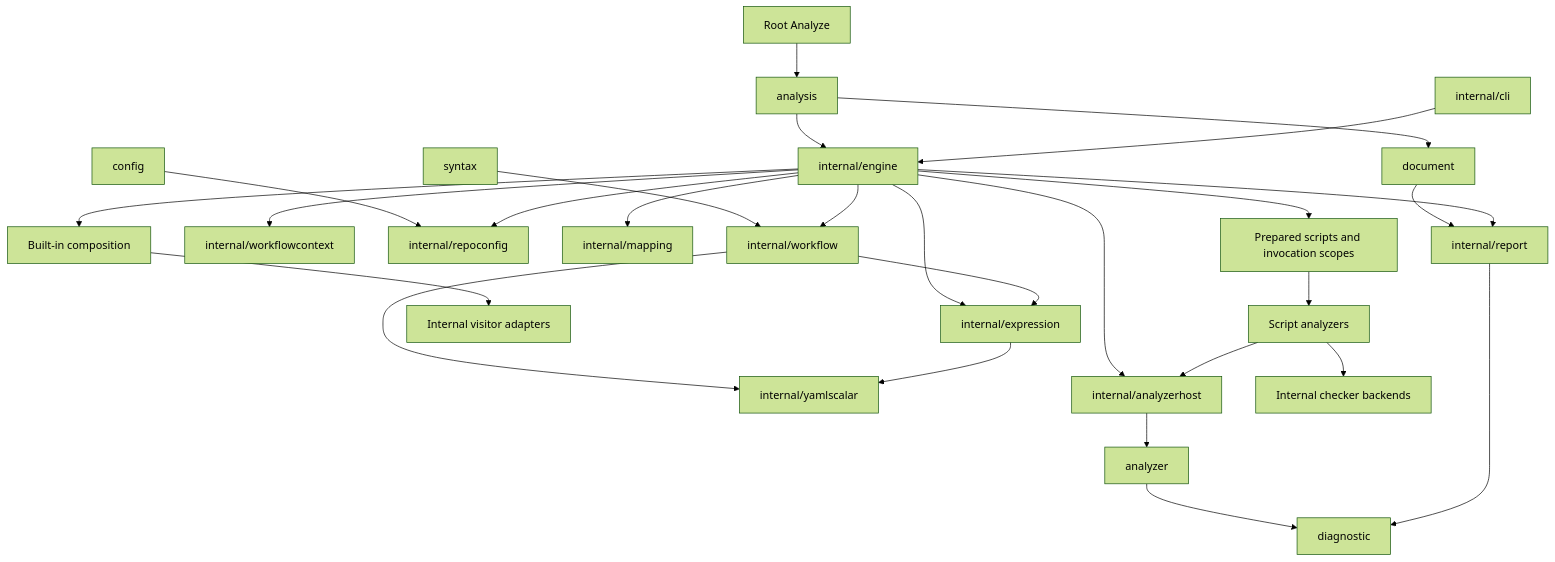
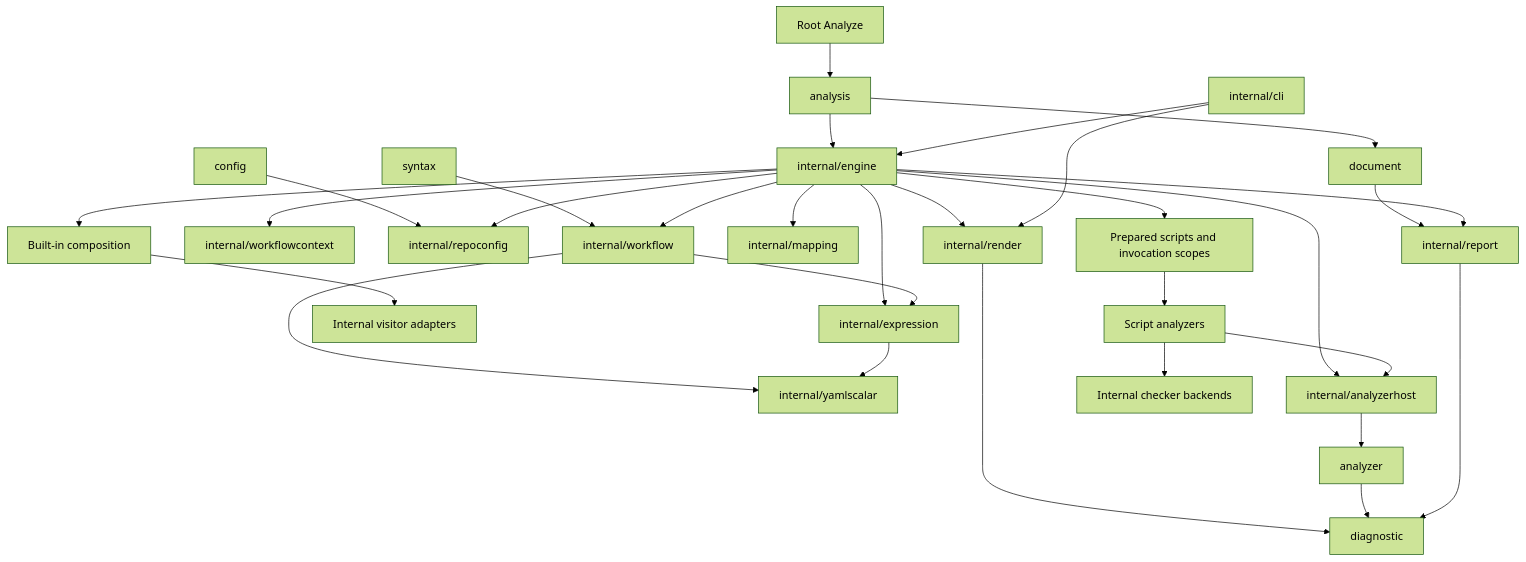
The first of 2 diagrams in docs/design/analysis-contracts.md (kjanat/actionlint), drawn with Mermaid (forest theme) before and after one commit. The commit also changed other lines of this file and 26 other files, not shown here.

````diff
--- a/docs/design/analysis-contracts.md
+++ b/docs/design/analysis-contracts.md
@@ -27,29 +28,32 @@
 ```mermaid
 flowchart TD
     Root[Root Analyze] --> API[analysis]
     API --> Engine[internal/engine]
     CLI[internal/cli] --> Engine
     Syntax[syntax] --> Workflow[internal/workflow]
     Engine --> Workflow
     Engine --> Expressions[internal/expression]
     Workflow --> Expressions
     Engine --> Contexts[internal/workflowcontext]
     Workflow --> Scalars[internal/yamlscalar]
     Expressions --> Scalars
     Config[config] --> RepoConfig[internal/repoconfig]
     Engine --> RepoConfig
+    Engine --> Render[internal/render]
+    CLI --> Render
+    Render --> Diagnostic
     Engine --> Host[internal/analyzerhost]
     Engine --> Mapping[internal/mapping]
     Factory[Built-in composition] --> Adapters[Internal visitor adapters]
     Engine --> Factory
     Host --> Contract[analyzer]
     Contract --> Diagnostic[diagnostic]
     Engine --> Prepared[Prepared scripts and invocation scopes]
     Prepared --> Checks[Script analyzers]
     Checks --> Backends[Internal checker backends]
     Checks --> Host
     API --> Documents[document]
     Documents --> Models[internal/report]
     Engine --> Models
     Models --> Diagnostic
 ```
````
